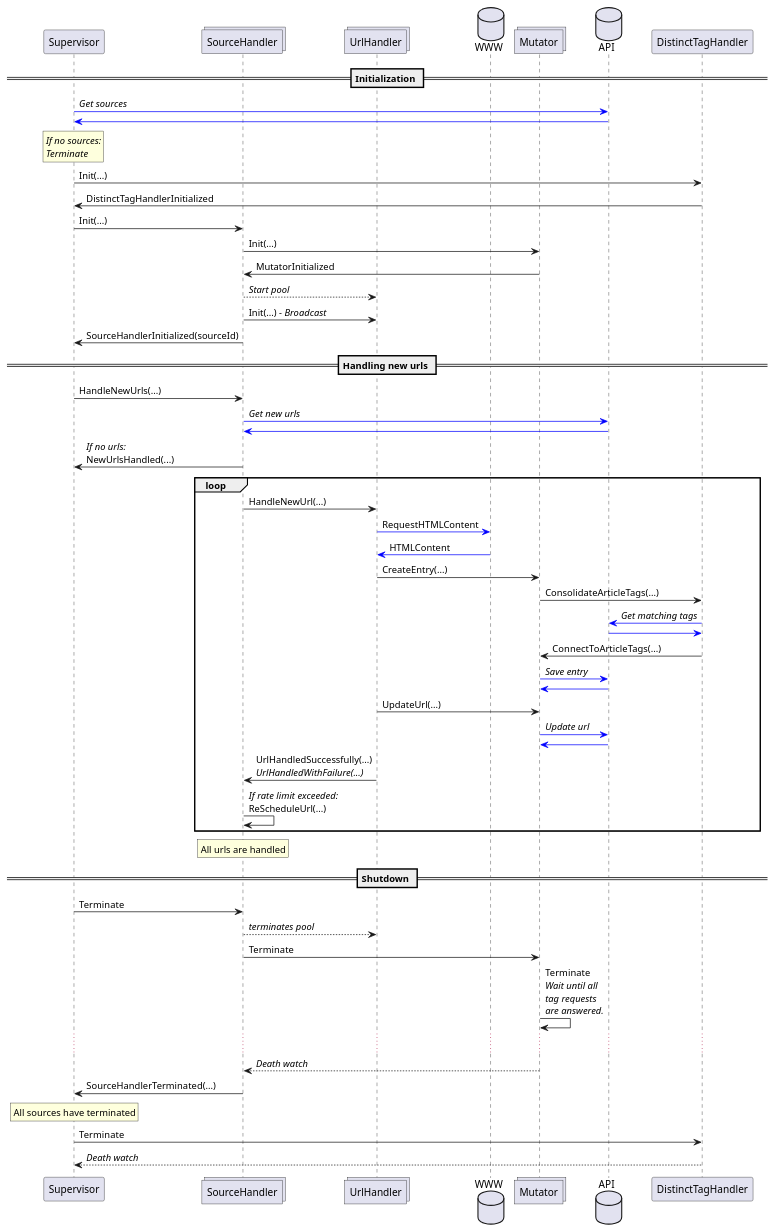
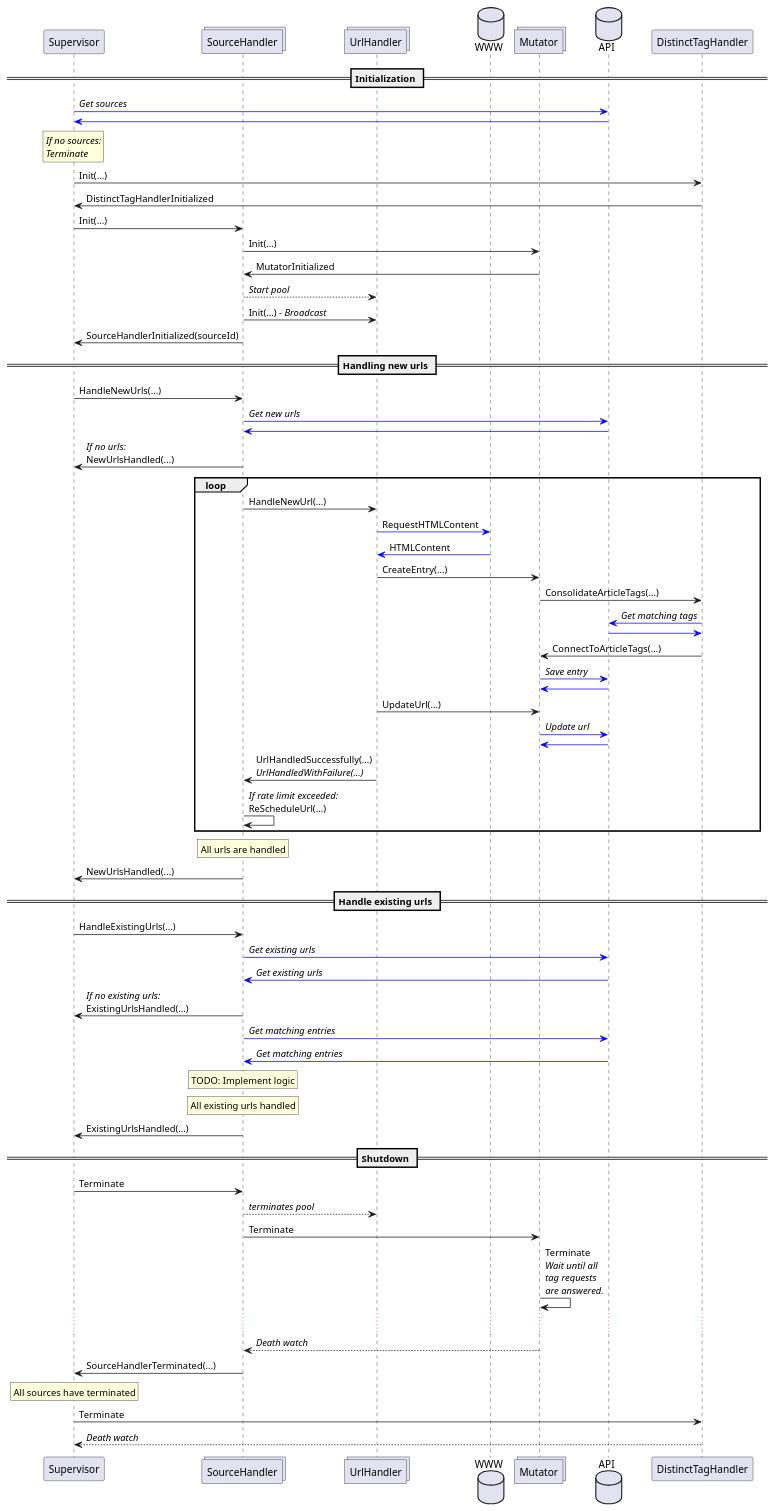
Before and after one commit to coverified/content_extractor: the diagram in doc/proto.puml, drawn with PlantUML. The commit also changed 3 other files, not shown here.

Commit message:
Query relevant urls and matching entries

```diff
--- a/doc/proto.puml
+++ b/doc/proto.puml
@@ -1,72 +1,91 @@
 @startuml
 participant Supervisor
 collections SourceHandler
 collections UrlHandler
 database WWW
 collections Mutator
 database API
 
 == Initialization ==
 Supervisor -[#blue]> API: //Get sources//
 API -[#blue]> Supervisor
 rnote over Supervisor: //If no sources://\n//Terminate//
 Supervisor -> DistinctTagHandler: Init(...)
 DistinctTagHandler -> Supervisor: DistinctTagHandlerInitialized
 
 Supervisor -> SourceHandler: Init(...)
 SourceHandler -> Mutator: Init(...)
 Mutator -> SourceHandler: MutatorInitialized
 SourceHandler --> UrlHandler: //Start pool//
 SourceHandler -> UrlHandler: Init(...) //- Broadcast//
 SourceHandler -> Supervisor: SourceHandlerInitialized(sourceId)
 
 == Handling new urls ==
 Supervisor -> SourceHandler: HandleNewUrls(...)
 SourceHandler -[#blue]> API: //Get new urls//
 API -[#blue]> SourceHandler
 SourceHandler -> Supervisor: //If no urls://\nNewUrlsHandled(...)
 
 loop
 SourceHandler -> UrlHandler: HandleNewUrl(...)
 UrlHandler -[#blue]> WWW: RequestHTMLContent
 WWW -[#blue]> UrlHandler: HTMLContent
 
 UrlHandler -> Mutator: CreateEntry(...)
 Mutator -> DistinctTagHandler: ConsolidateArticleTags(...)
 DistinctTagHandler -[#blue]> API: //Get matching tags//
 API -[#blue]> DistinctTagHandler
 DistinctTagHandler -> Mutator: ConnectToArticleTags(...)
 Mutator -[#blue]> API: //Save entry//
 API -[#blue]> Mutator
 ' TODO: Feed back about handled entry
 UrlHandler -> Mutator: UpdateUrl(...)
 Mutator -[#blue]> API: //Update url//
 API -[#blue]> Mutator
 ' TODO: Feed back about handled url
 UrlHandler -> SourceHandler: UrlHandledSuccessfully(...)\n//UrlHandledWithFailure(...)//
 
 SourceHandler -> SourceHandler: //If rate limit exceeded://\nReScheduleUrl(...)
 end loop
 
 rnote over SourceHandler
     All urls are handled
 endrnote
 
+SourceHandler -> Supervisor: NewUrlsHandled(...)
+
+== Handle existing urls ==
+
+Supervisor -> SourceHandler: HandleExistingUrls(...)
+SourceHandler -[#blue]> API: //Get existing urls//
+API -[#blue]> SourceHandler: //Get existing urls//
+SourceHandler -> Supervisor: //If no existing urls://\nExistingUrlsHandled(...)
+SourceHandler -[#blue]> API: //Get matching entries//
+API -[#blue]> SourceHandler: //Get matching entries//
+
+rnote over SourceHandler: TODO: Implement logic
+
+rnote over SourceHandler
+    All existing urls handled
+endrnote
+
+SourceHandler -> Supervisor: ExistingUrlsHandled(...)
+
 == Shutdown ==
 
 Supervisor -> SourceHandler: Terminate
 SourceHandler --> UrlHandler: //terminates pool//
 SourceHandler -> Mutator: Terminate
 Mutator -> Mutator: Terminate\n//Wait until all//\n//tag requests//\n//are answered.//
 ...
 Mutator --> SourceHandler: //Death watch//
 
 SourceHandler -> Supervisor:SourceHandlerTerminated(...)
 
 rnote over Supervisor
     All sources have terminated
 endrnote
 Supervisor -> DistinctTagHandler: Terminate
 DistinctTagHandler --> Supervisor: //Death watch//
 
 @enduml
```
